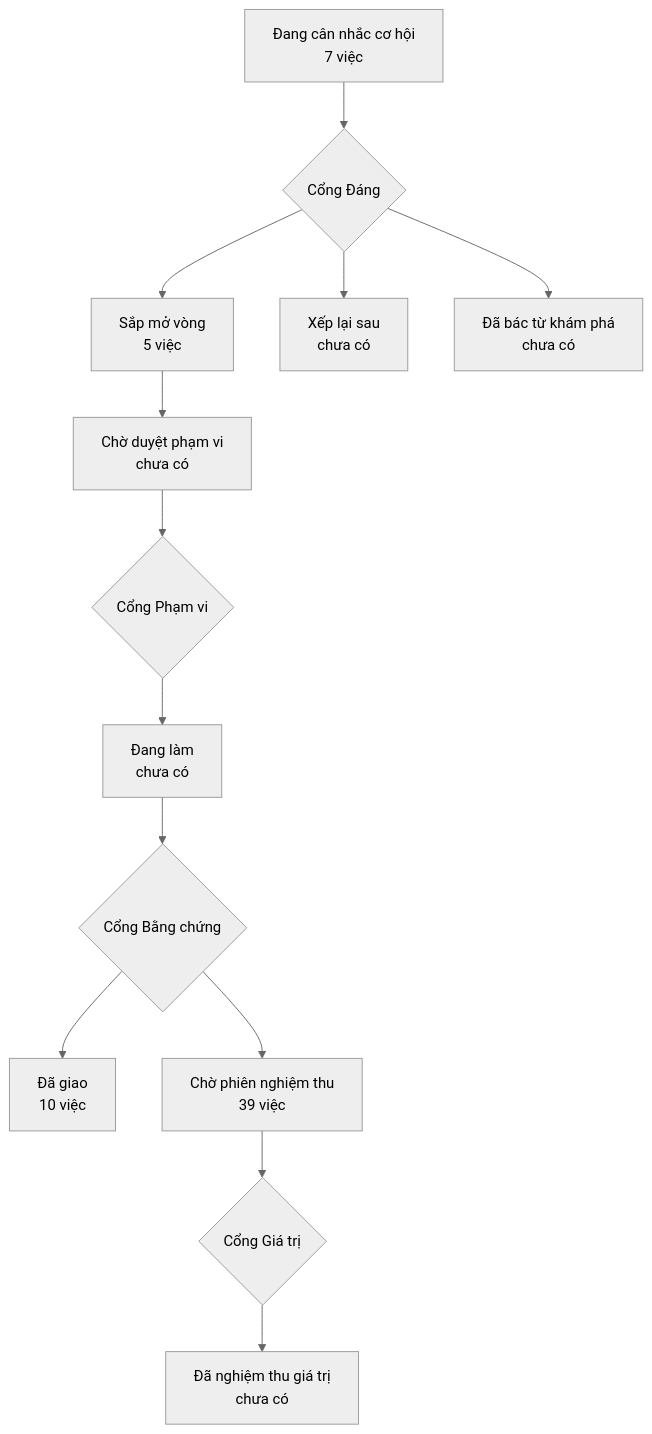
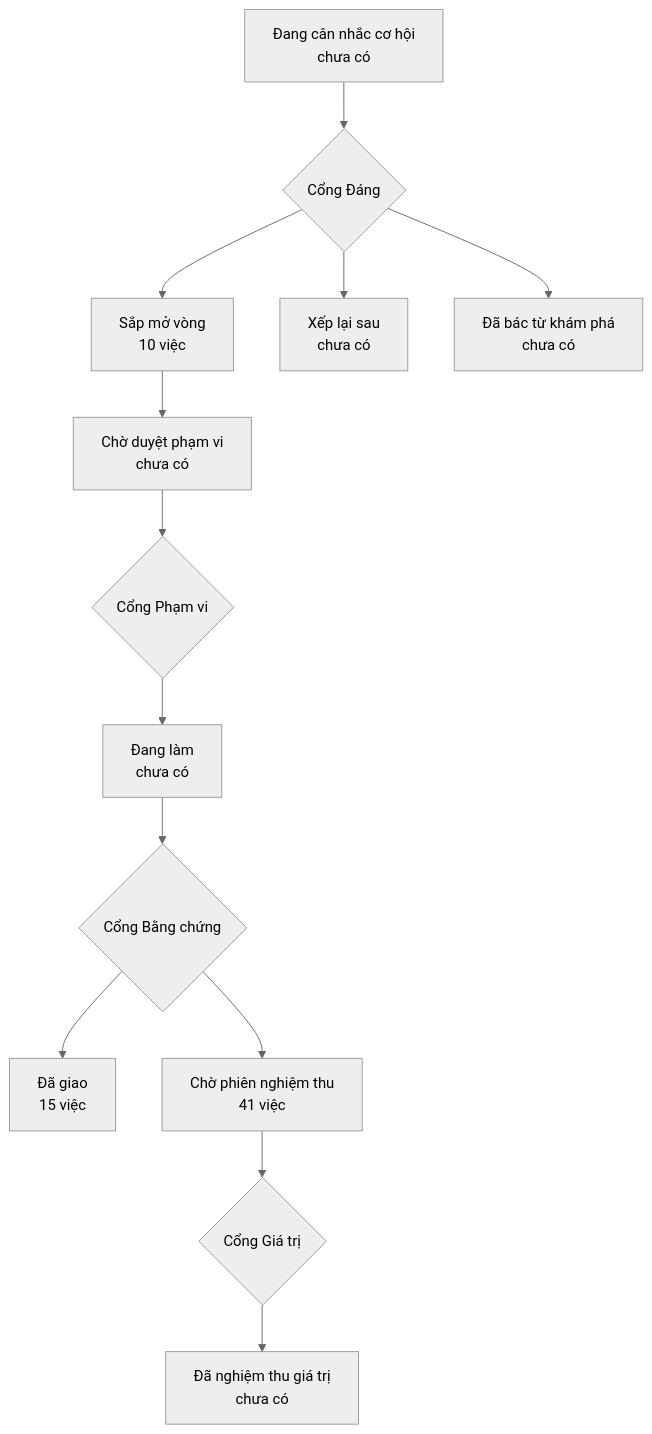
The diagram in PRODUCT-MAP.md (phanlemanh/onehub-quy-hang), drawn with Mermaid (neutral theme) before and after one commit. The commit also changed other lines of this file and 8 other files, not shown here.

First line of the commit message:
chore(lo-trinh): Cổng Đáng 31, 64–67, 88, 89 — build

````diff
--- a/PRODUCT-MAP.md
+++ b/PRODUCT-MAP.md
@@ -7,12 +7,12 @@
 ```mermaid
 flowchart TD
-  A["Đang cân nhắc cơ hội<br/>7 việc"] --> GD{"Cổng Đáng"}
-  GD --> B["Sắp mở vòng<br/>5 việc"]
+  A["Đang cân nhắc cơ hội<br/>chưa có"] --> GD{"Cổng Đáng"}
+  GD --> B["Sắp mở vòng<br/>10 việc"]
   GD --> XL["Xếp lại sau<br/>chưa có"]
   GD --> DB["Đã bác từ khám phá<br/>chưa có"]
   B --> CD["Chờ duyệt phạm vi<br/>chưa có"] --> GP{"Cổng Phạm vi"}
   GP --> DL["Đang làm<br/>chưa có"] --> GB{"Cổng Bằng chứng"}
-  GB --> DG["Đã giao<br/>10 việc"]
-  GB --> CN["Chờ phiên nghiệm thu<br/>39 việc"] --> GG{"Cổng Giá trị"}
+  GB --> DG["Đã giao<br/>15 việc"]
+  GB --> CN["Chờ phiên nghiệm thu<br/>41 việc"] --> GG{"Cổng Giá trị"}
   GG --> NT["Đã nghiệm thu giá trị<br/>chưa có"]
 ```
````
